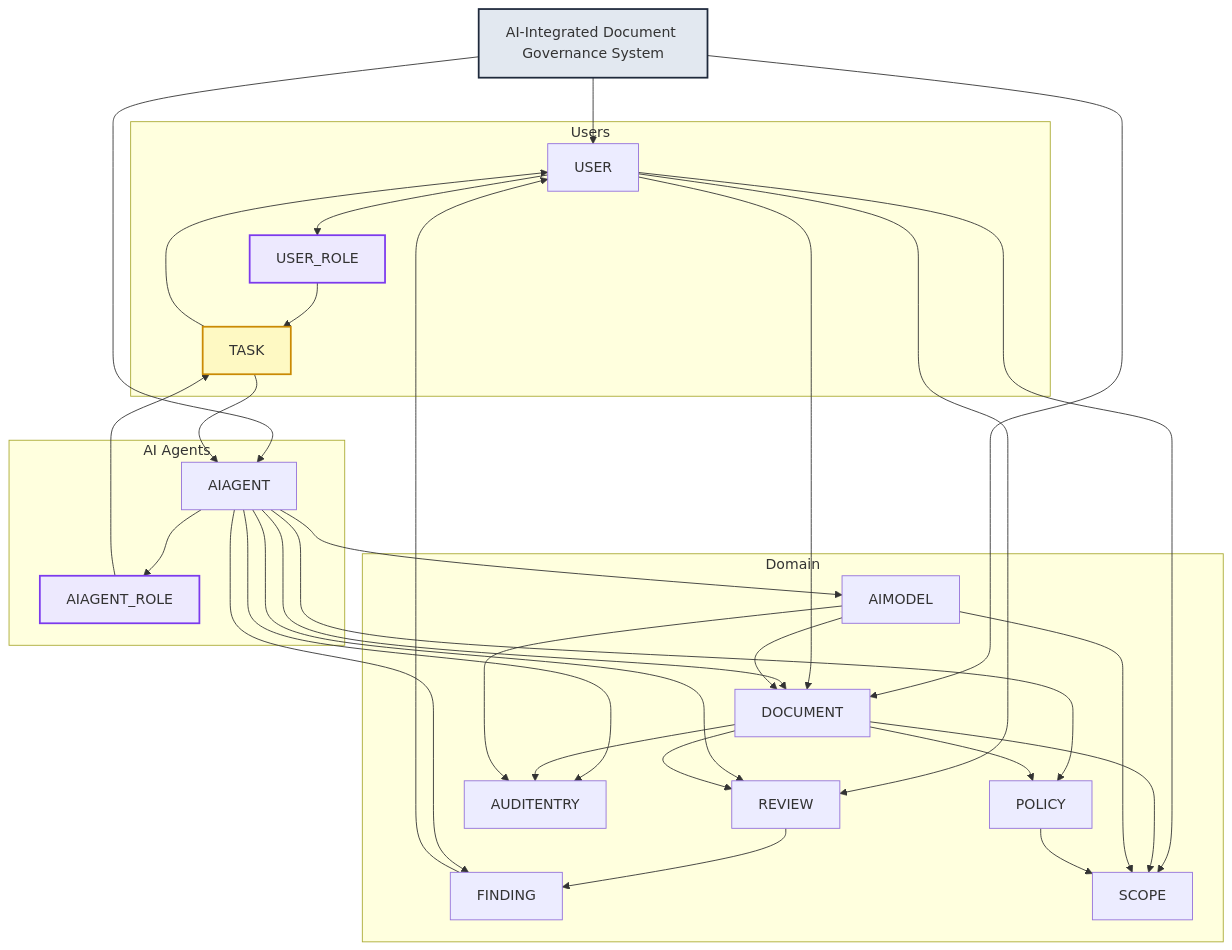
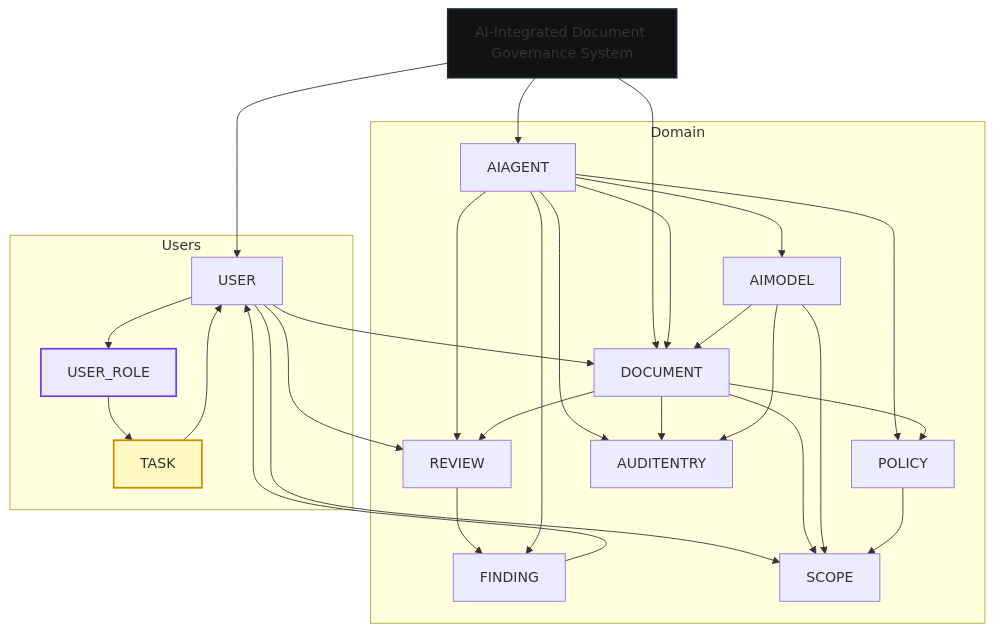
One commit to RudyMartin/genai-specs changed the diagram in charts-flow-users.md. Above: the diagram before and after it, drawn with Mermaid.

````diff
--- a/charts-flow-users.md
+++ b/charts-flow-users.md
@@ -1,71 +1,64 @@
 ```mermaid
 graph TD
 
   %% === TITLE ===
   TITLE[AI-Integrated Document Governance System]
   TITLE --> USER
   TITLE --> AIAGENT
   TITLE --> DOCUMENT
 
   %% === USER AREA ===
   subgraph Users
     USER[USER]
     USER_ROLE[USER_ROLE]
     USER --> USER_ROLE
     USER_ROLE --> TASK
     TASK --> USER
   end
 
-  %% === AI AGENT AREA ===
-  subgraph AI Agents
-    AIAGENT[AIAGENT]
-    AIAGENT_ROLE[AIAGENT_ROLE]
-    AIAGENT --> AIAGENT_ROLE
-    AIAGENT_ROLE --> TASK
-    TASK --> AIAGENT
-  end
+
 
   %% === DOMAIN AREA ===
   subgraph Domain
     DOCUMENT[DOCUMENT]
     REVIEW[REVIEW]
     FINDING[FINDING]
     SCOPE[SCOPE]
     POLICY[POLICY]
     AUDITENTRY[AUDITENTRY]
     AIMODEL[AIMODEL]
 
     USER --> DOCUMENT
     USER --> REVIEW
     REVIEW --> FINDING
     FINDING --> USER
     USER --> SCOPE
 
     AIAGENT --> REVIEW
     AIAGENT --> DOCUMENT
     AIAGENT --> FINDING
     AIAGENT --> POLICY
     AIAGENT --> AUDITENTRY
     AIAGENT --> AIMODEL
 
     DOCUMENT --> REVIEW
     DOCUMENT --> SCOPE
     DOCUMENT --> POLICY
     DOCUMENT --> AUDITENTRY
 
     AIMODEL --> DOCUMENT
     AIMODEL --> SCOPE
     AIMODEL --> AUDITENTRY
     POLICY --> SCOPE
   end
 
   %% === STYLE CLASSES ===
-  classDef titleStyle fill:#e2e8f0,stroke:#1e293b,stroke-width:2px;
+  classDef titleStyle fill:#121212,stroke:#1e293b,stroke-width:2px;
   classDef taskStyle fill:#fef9c3,stroke:#ca8a04,stroke-width:2px;
   classDef roleStyle fill:#ede9fe,stroke:#7c3aed,stroke-width:2px;
 
   %% === APPLY STYLES ===
   class TITLE titleStyle
   class TASK taskStyle
   class USER_ROLE,AIAGENT_ROLE roleStyle
 ```
````
